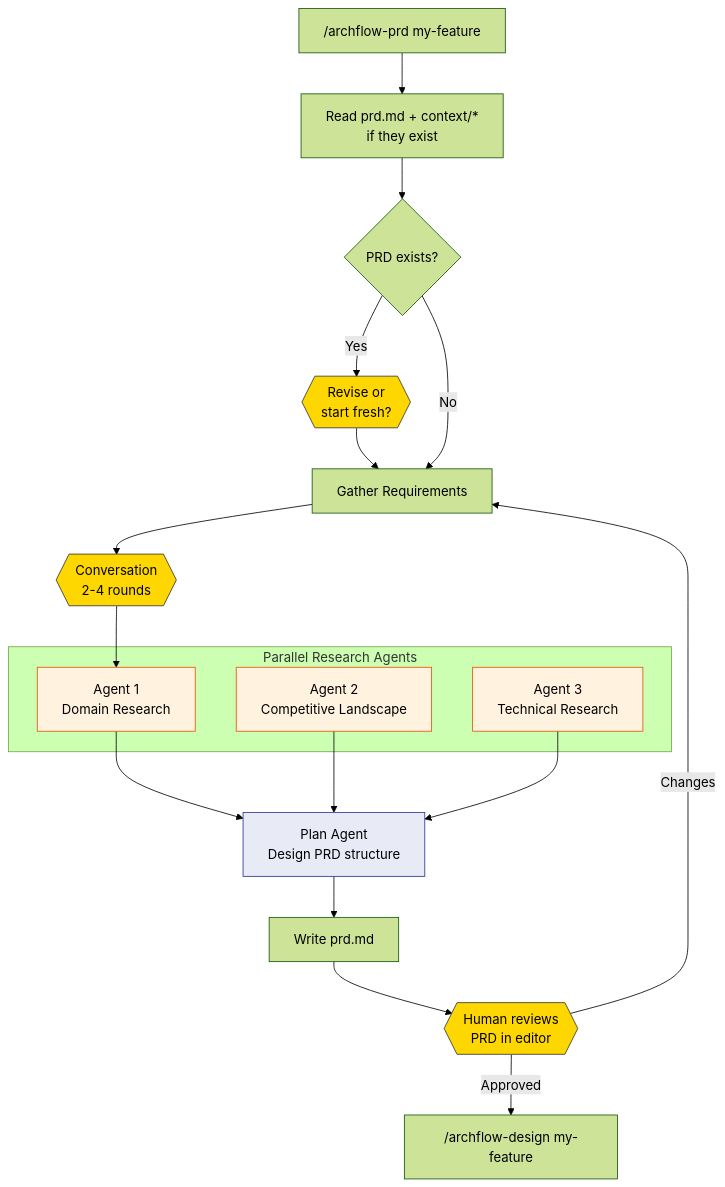
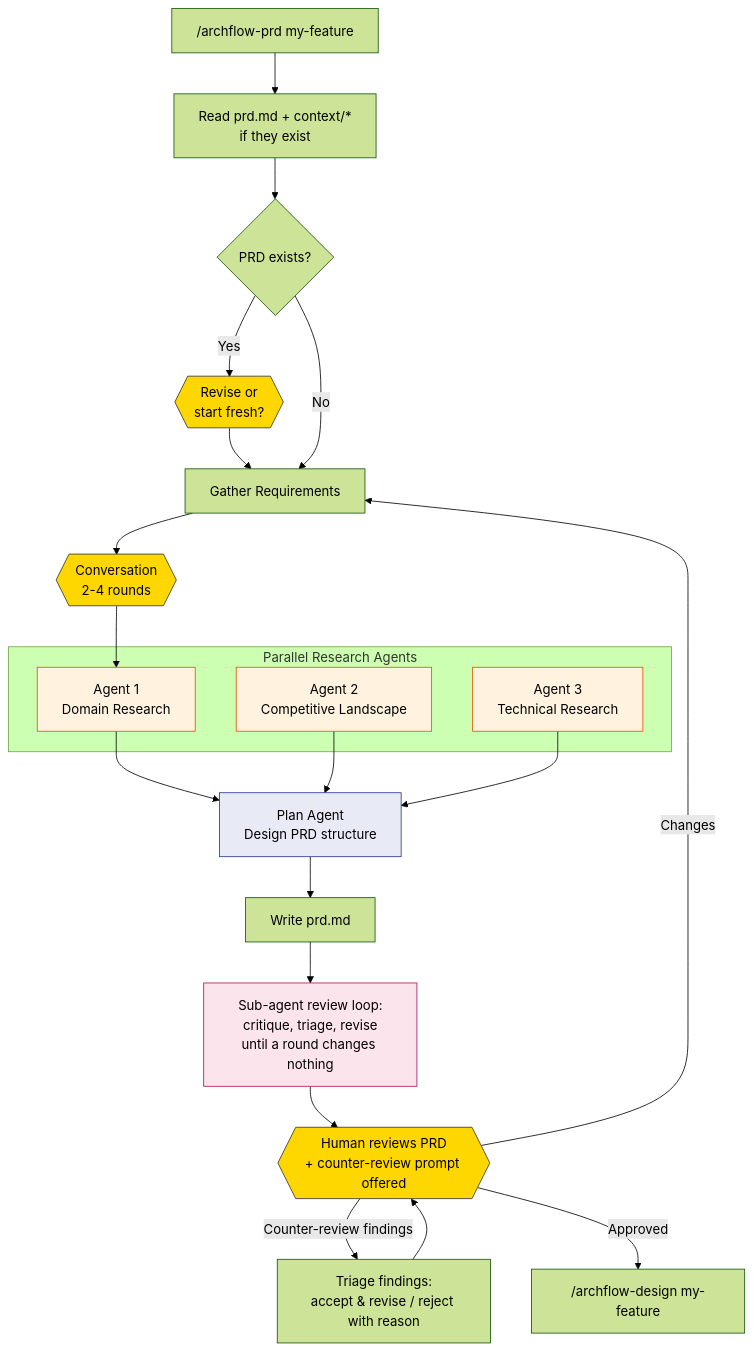
The fifth of 13 diagrams in docs/archflow-process.md (Aroton/ArchflowV2), drawn with Mermaid (forest theme) before and after one commit. The commit also changed other lines of this file and 9 other files, not shown here.

First line of the commit message:
Split phase into design/impl skills, add review loops and counter-review prompts

````diff
--- a/docs/archflow-process.md
+++ b/docs/archflow-process.md
@@ -156,34 +173,38 @@
 ```mermaid
 flowchart TD
     P0["/archflow-prd my-feature"] --> P_read[Read prd.md + context/*<br/>if they exist]
     P_read --> P1{PRD exists?}
     P1 -->|Yes| P1a{{Revise or<br/>start fresh?}}
     P1a --> P2
     P1 -->|No| P2
 
     P2[Gather Requirements] --> P2a{{Conversation<br/>2-4 rounds}}
     P2a --> P3
 
     subgraph "Parallel Research Agents"
         P3[Agent 1<br/>Domain Research]
         P4[Agent 2<br/>Competitive Landscape]
         P5[Agent 3<br/>Technical Research]
     end
 
     P3 --> P6
     P4 --> P6
     P5 --> P6
 
     P6[Plan Agent<br/>Design PRD structure] --> P7[Write prd.md]
-    P7 --> P8{{Human reviews<br/>PRD in editor}}
+    P7 --> P7a[Sub-agent review loop:<br/>critique, triage, revise<br/>until a round changes nothing]
+    P7a --> P8{{Human reviews PRD<br/>+ counter-review prompt offered}}
     P8 -->|Changes| P2
+    P8 -->|Counter-review findings| P8a[Triage findings:<br/>accept & revise / reject with reason]
+    P8a --> P8
     P8 -->|Approved| P9["/archflow-design my-feature"]
 
     style P3 fill:#fff3e0,stroke:#e65100
     style P4 fill:#fff3e0,stroke:#e65100
     style P5 fill:#fff3e0,stroke:#e65100
     style P6 fill:#e8eaf6,stroke:#283593
+    style P7a fill:#fce4ec,stroke:#ad1457
     style P2a fill:#ffd700,stroke:#333,color:#000
     style P1a fill:#ffd700,stroke:#333,color:#000
     style P8 fill:#ffd700,stroke:#333,color:#000
 ```
````
